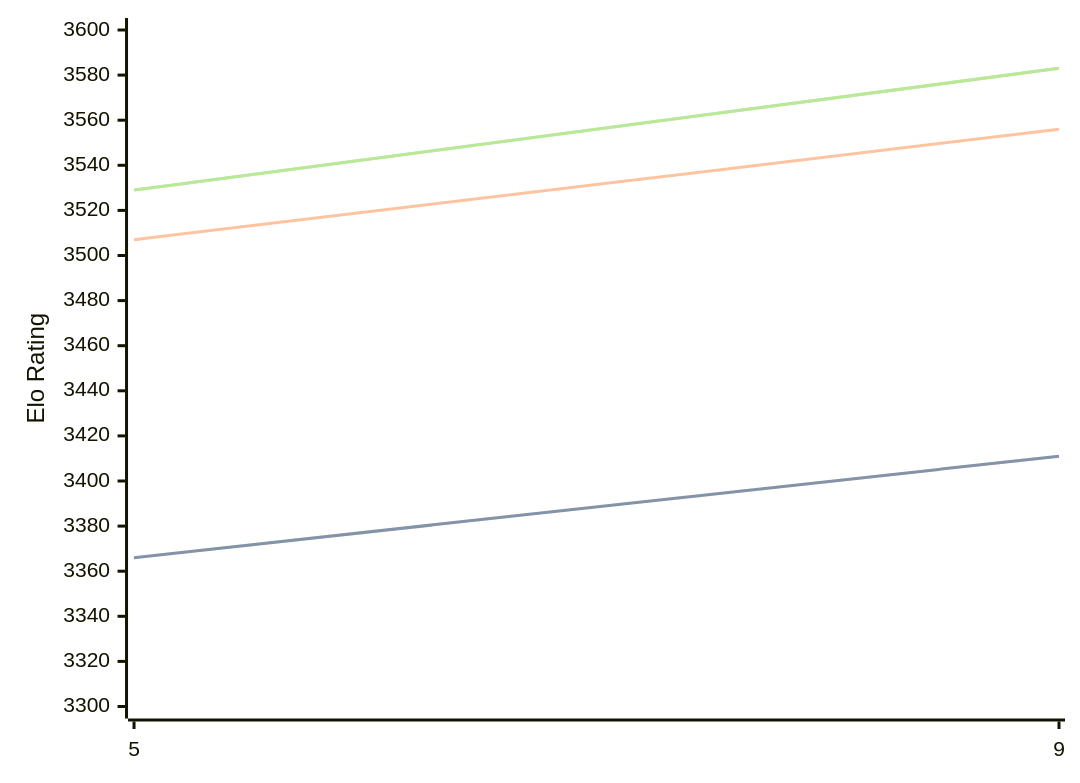
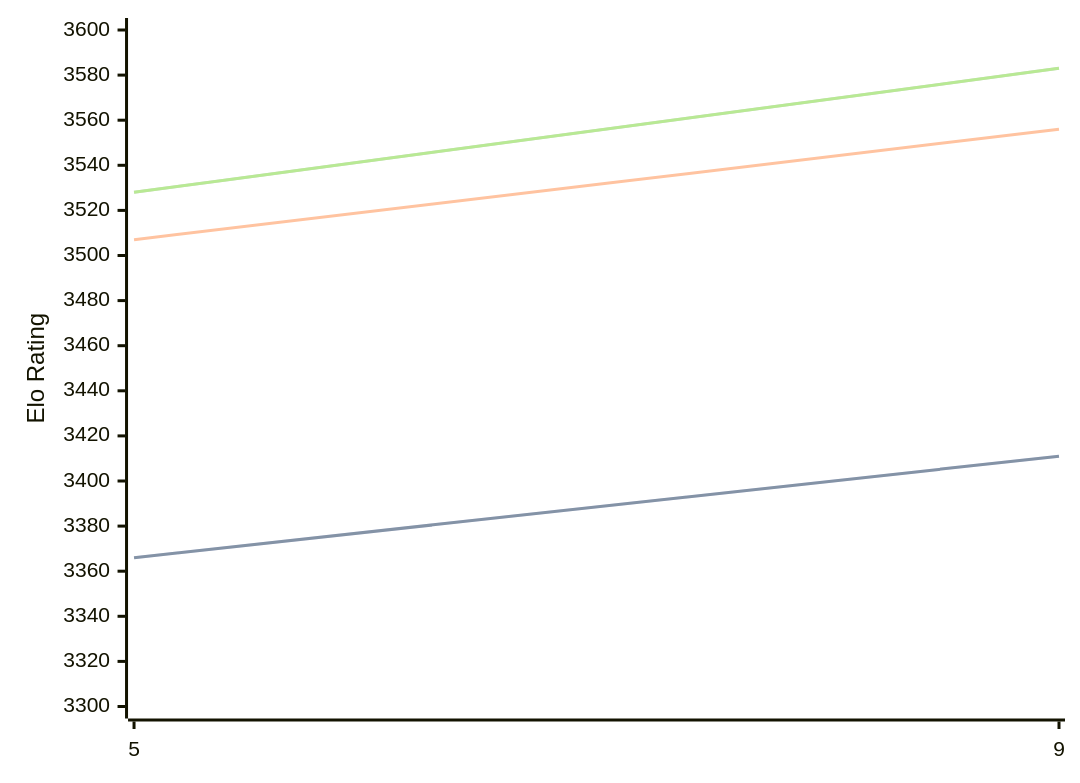
Before and after one commit to computer-chess-index/cci: the diagram in engines/Crystal.md, drawn with Mermaid. The commit also changed other lines of this file, not shown here.

Commit message:
Update CCI Ratings (ELO VLTC) - 2026-07-21

````diff
--- a/engines/Crystal.md
+++ b/engines/Crystal.md
@@ -60,11 +60,11 @@
 ```mermaid
 %%{init: {"theme":"base","themeVariables":{"seriesColors:['#a3a3a3','#222221','#faa371']}}}%%
 xychart-beta
   x-axis ["5", "9"]
   y-axis "Elo Rating" 3300 --> 3600
   line "STC (8.0+0.08s)" [3366, 3411]
   line "STC (8.0+0.08s)" [3366, 3411]
   line "LTC (60.0+0.60s)" [3507, 3556]
-  line "VLTC (2m24s+1.12s)" [3529, 3583]
-  line "VLTC (2m24s+1.12s)" [3529, 3583]
+  line "VLTC (2m24s+1.12s)" [3528, 3583]
+  line "VLTC (2m24s+1.12s)" [3528, 3583]
 ```
````
